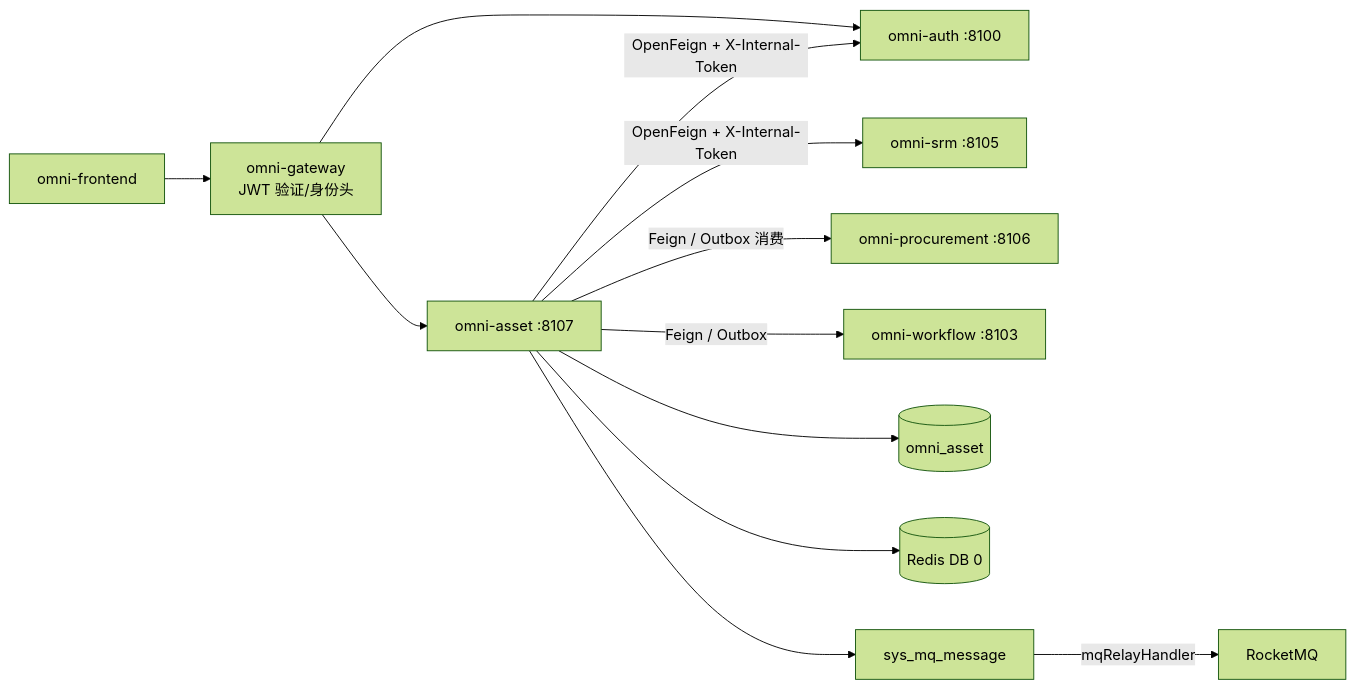
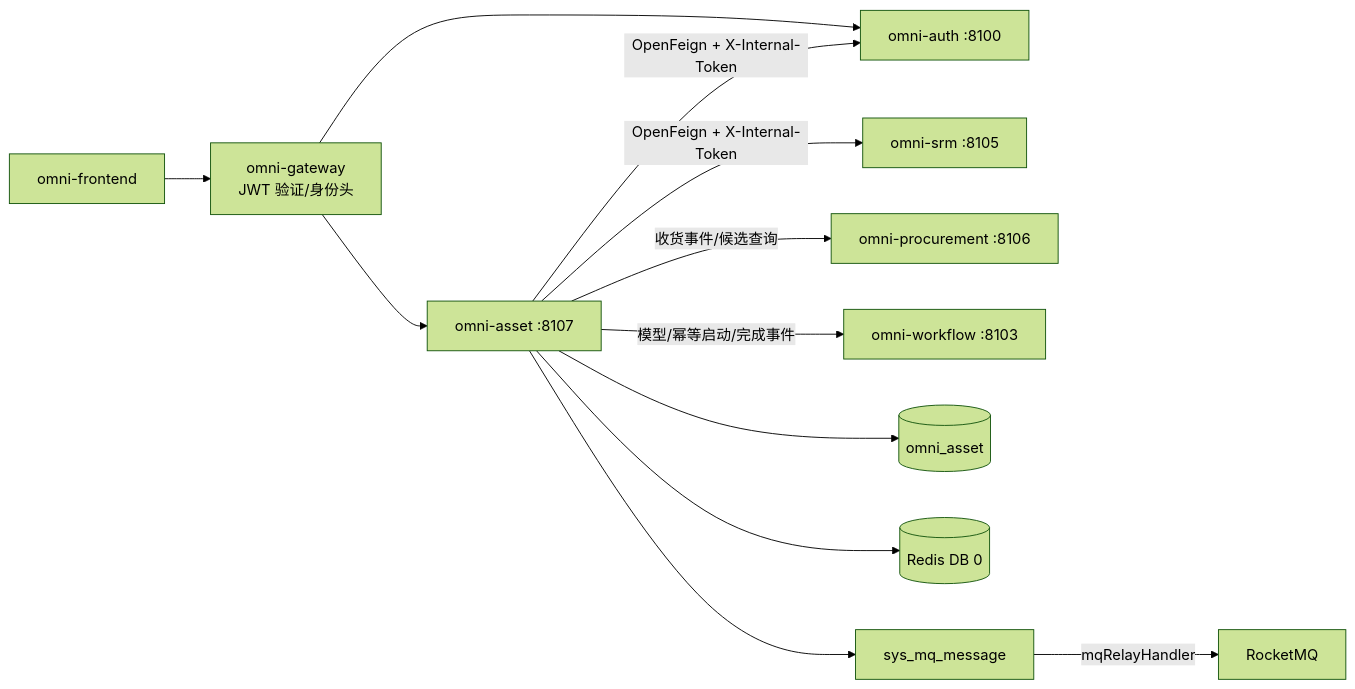
The first of 6 diagrams in docs/design/asset-design.md (wang-baohai/Omni-Stack), drawn with Mermaid (forest theme) before and after one commit. The commit also changed other lines of this file and 1095 other files, not shown here.

````diff
--- a/docs/design/asset-design.md
+++ b/docs/design/asset-design.md
@@ -64,14 +67,14 @@
 ```mermaid
 flowchart LR
     UI["omni-frontend"] --> GW["omni-gateway<br/>JWT 验证/身份头"]
     GW --> ASSET["omni-asset :8107"]
     GW --> AUTH["omni-auth :8100"]
     ASSET -->|"OpenFeign + X-Internal-Token"| AUTH
     ASSET -->|"OpenFeign + X-Internal-Token"| SRM["omni-srm :8105"]
-    ASSET -->|"Feign / Outbox 消费"| PROC["omni-procurement :8106"]
-    ASSET -->|"Feign / Outbox"| WF["omni-workflow :8103"]
+    ASSET -->|"收货事件/候选查询"| PROC["omni-procurement :8106"]
+    ASSET -->|"模型/幂等启动/完成事件"| WF["omni-workflow :8103"]
     ASSET --> DB[("omni_asset")]
     ASSET --> R[("Redis DB 0")]
     ASSET --> O["sys_mq_message"]
     O -->|"mqRelayHandler"| MQ["RocketMQ"]
 ```
````
